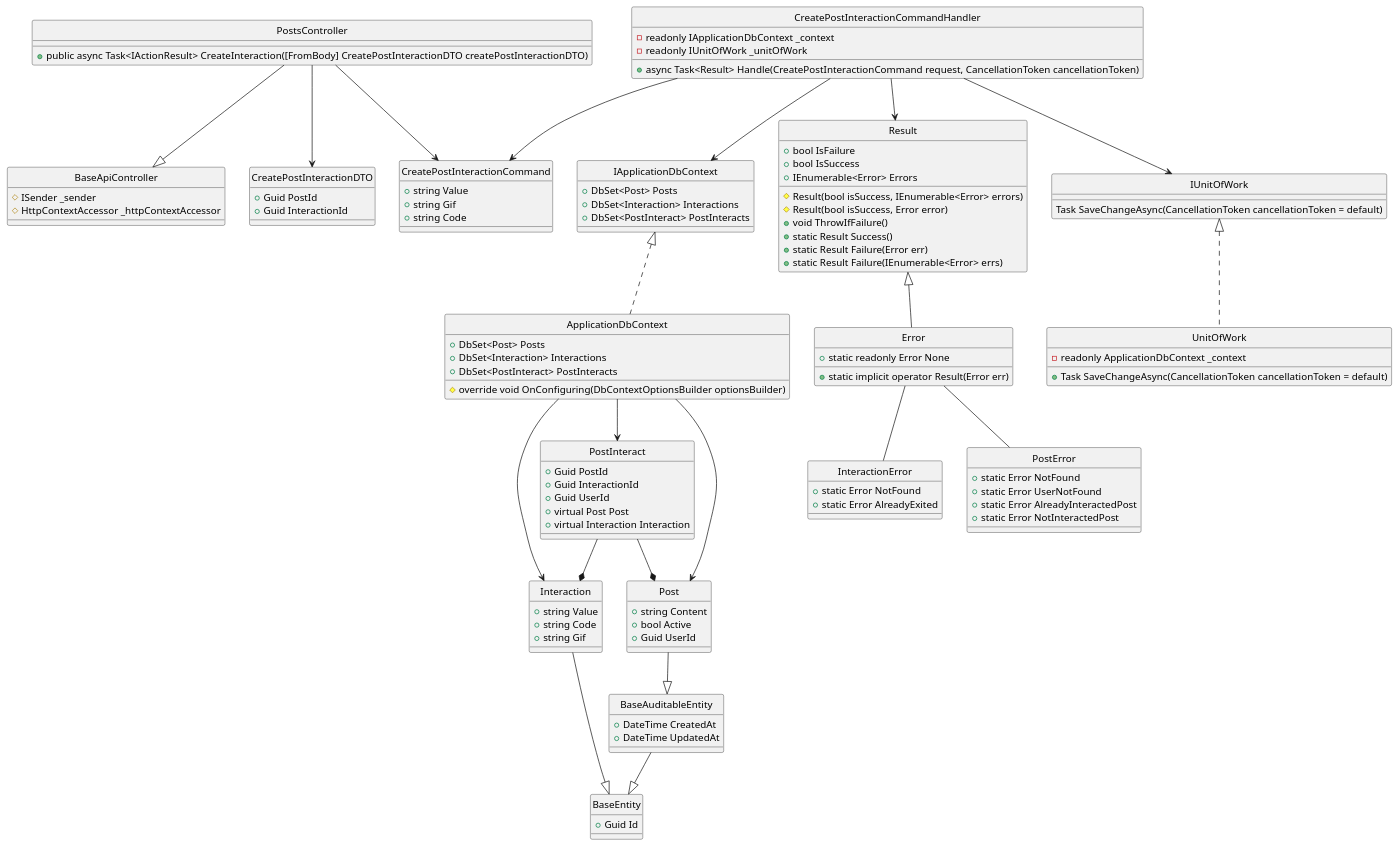
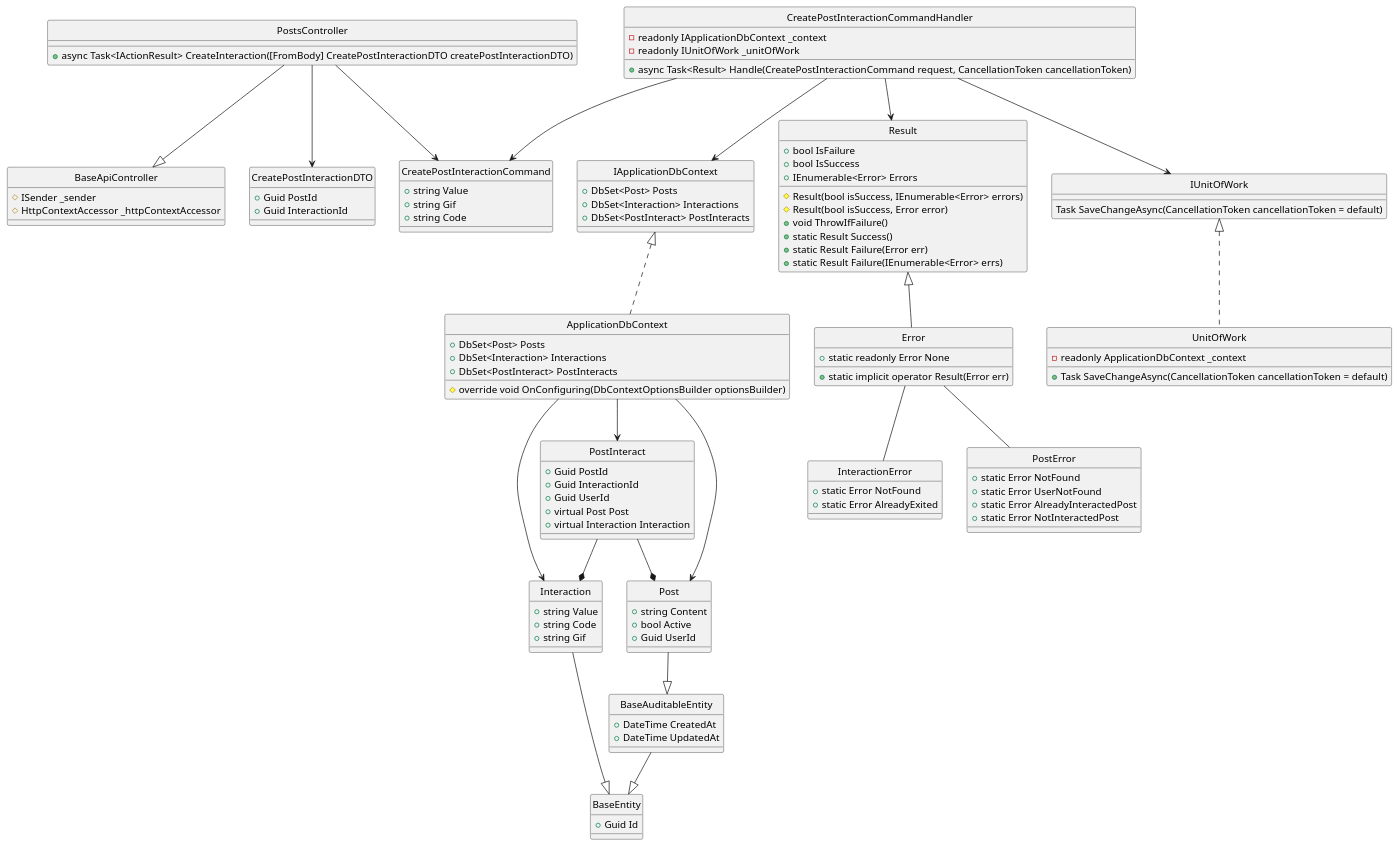
Before and after one commit to Carl-Johnsons/Chat-Application: the diagram in docs/Class Diagram/Post/Post/CreatePostInteraction/ClassDiagram.plantuml, drawn with PlantUML. The commit also changed 2 other files, not shown here.

Commit message:
update post CD

```diff
--- a/docs/Class Diagram/Post/Post/CreatePostInteraction/ClassDiagram.plantuml
+++ b/docs/Class Diagram/Post/Post/CreatePostInteraction/ClassDiagram.plantuml
@@ -1,130 +1,130 @@
 @startuml 
 hide circle
 
 class BaseApiController {
     #ISender _sender
     #HttpContextAccessor _httpContextAccessor
 }
 
 class PostsController {
-    +public async Task<IActionResult> CreateInteraction([FromBody] CreatePostInteractionDTO createPostInteractionDTO)
+    +async Task<IActionResult> CreateInteraction([FromBody] CreatePostInteractionDTO createPostInteractionDTO)
 }
 
 class CreatePostInteractionCommand {
     +string Value
     +string Gif
     +string Code
 }
 
 class CreatePostInteractionCommandHandler {
     -readonly IApplicationDbContext _context
     -readonly IUnitOfWork _unitOfWork
     +async Task<Result> Handle(CreatePostInteractionCommand request, CancellationToken cancellationToken)
 }
 
 class IApplicationDbContext {
     +DbSet<Post> Posts
     +DbSet<Interaction> Interactions
     +DbSet<PostInteract> PostInteracts
 }
 
 class ApplicationDbContext {
     +DbSet<Post> Posts
     +DbSet<Interaction> Interactions
     +DbSet<PostInteract> PostInteracts
     #override void OnConfiguring(DbContextOptionsBuilder optionsBuilder)
 }
 
 class Result {
     +bool IsFailure
     +bool IsSuccess
     +IEnumerable<Error> Errors
     #Result(bool isSuccess, IEnumerable<Error> errors)
     #Result(bool isSuccess, Error error)
     +void ThrowIfFailure()
     +static Result Success()
     +static Result Failure(Error err)
     +static Result Failure(IEnumerable<Error> errs)
 }
 
 class Error {
     +static readonly Error None
     +static implicit operator Result(Error err)
 }
 
 class IUnitOfWork {
     Task SaveChangeAsync(CancellationToken cancellationToken = default)
 }
 
 class UnitOfWork {
     -readonly ApplicationDbContext _context
     +Task SaveChangeAsync(CancellationToken cancellationToken = default)
 }
 
 class InteractionError {
     +static Error NotFound
     +static Error AlreadyExited
 }
 
 class PostError {
     +static Error NotFound
     +static Error UserNotFound
     +static Error AlreadyInteractedPost
     +static Error NotInteractedPost
 }
 
 class CreatePostInteractionDTO {
     +Guid PostId
     +Guid InteractionId
 }
 
 class BaseEntity {
     +Guid Id
 }
 
 class BaseAuditableEntity{
     +DateTime CreatedAt
     +DateTime UpdatedAt
 }
 
 class Interaction {
     +string Value
     +string Code
     +string Gif
 }
 
 class Post {
     +string Content
     +bool Active
     +Guid UserId
 }
 
 class PostInteract {
     +Guid PostId
     +Guid InteractionId
     +Guid UserId
     +virtual Post Post
     +virtual Interaction Interaction
 }
 
 PostsController --|> BaseApiController
 PostsController --> CreatePostInteractionCommand
 PostsController --> CreatePostInteractionDTO
 CreatePostInteractionCommandHandler --> CreatePostInteractionCommand
 CreatePostInteractionCommandHandler --> Result
 CreatePostInteractionCommandHandler --> IUnitOfWork
 CreatePostInteractionCommandHandler --> IApplicationDbContext
 IUnitOfWork <|.. UnitOfWork
 IApplicationDbContext <|.. ApplicationDbContext
 Result <|-- Error
 Error -- InteractionError
 Error -- PostError
 ApplicationDbContext --> Interaction
 ApplicationDbContext --> PostInteract
 ApplicationDbContext --> Post
 Interaction --|> BaseEntity
 Post --|> BaseAuditableEntity
 BaseAuditableEntity --|> BaseEntity
 PostInteract --* Post
 PostInteract --* Interaction
 @enduml
```
